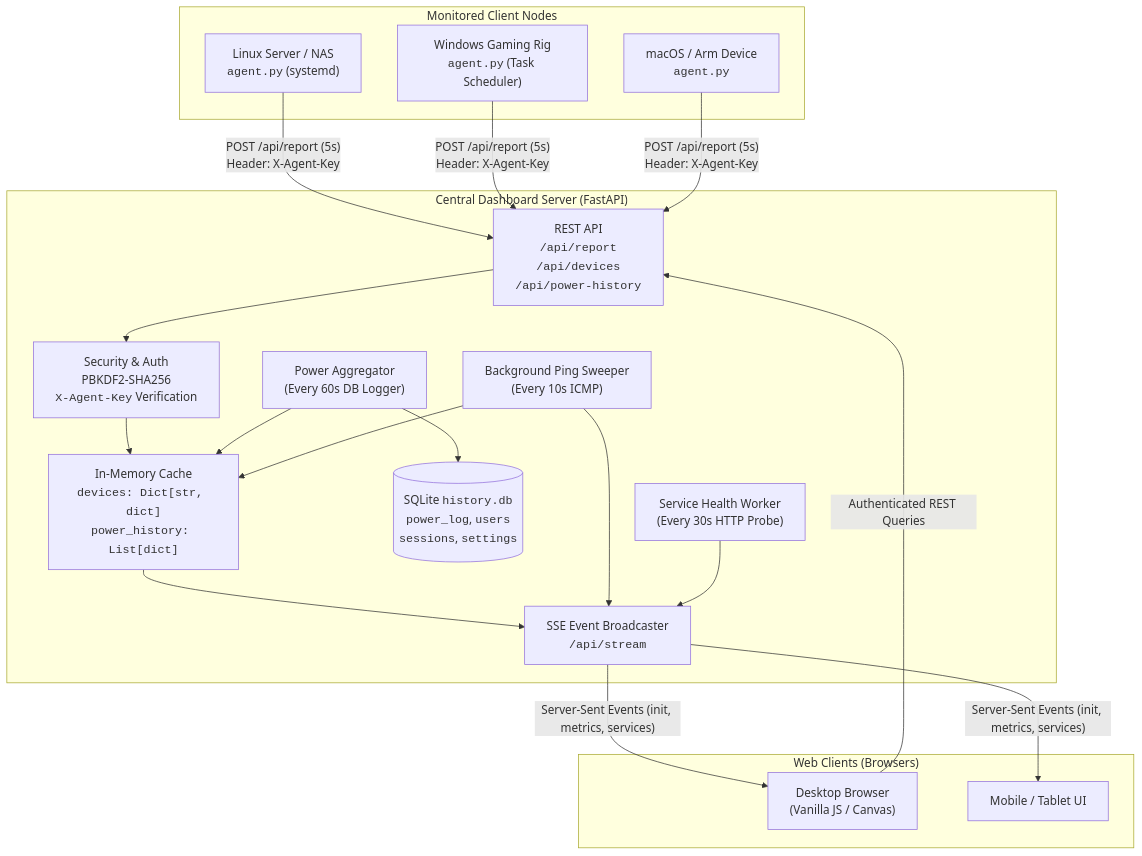
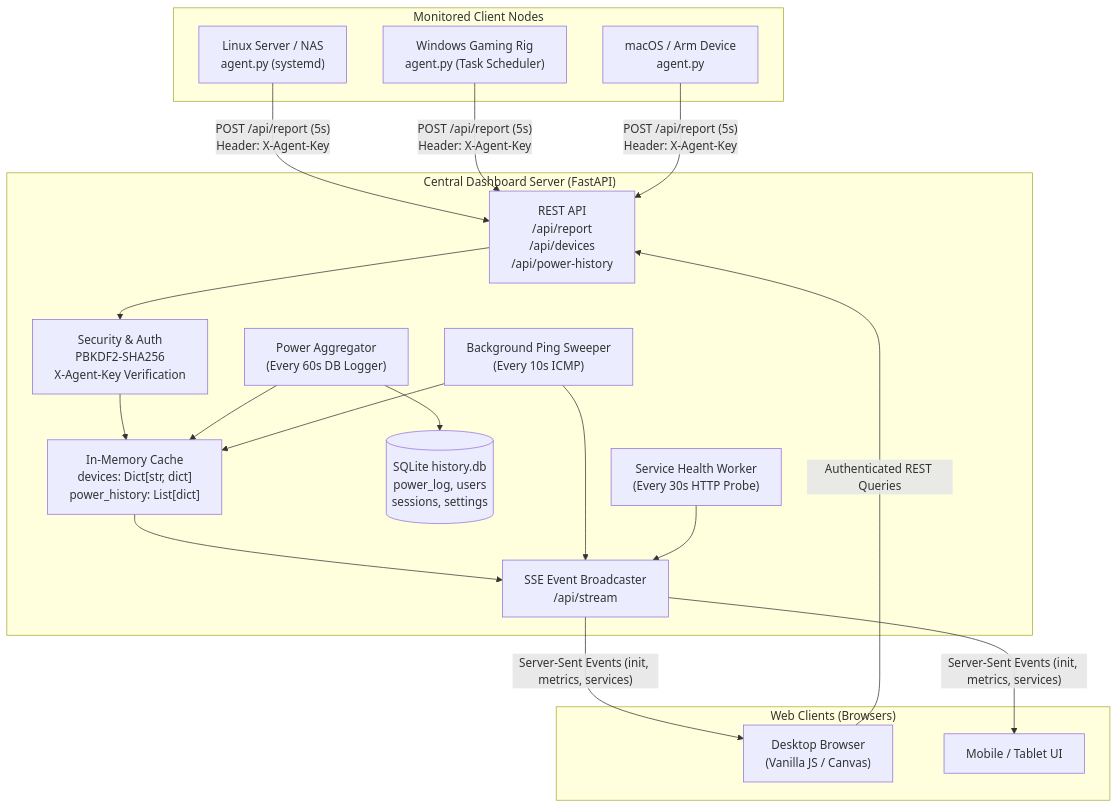
The first of 3 diagrams in docs/ARCHITECTURE.md (Muhammad-Haziq911/monitoringDashboard), drawn with Mermaid before and after one commit. The commit also changed 2 other files, not shown here.

Commit message:
docs: Update agent guide and architecture documentation for clarity and consistency

````diff
--- a/docs/ARCHITECTURE.md
+++ b/docs/ARCHITECTURE.md
@@ -17,42 +17,42 @@
 ```mermaid
 graph TD
     subgraph "Monitored Client Nodes"
-        A1["Linux Server / NAS<br/><code>agent.py</code> (systemd)"]
-        A2["Windows Gaming Rig<br/><code>agent.py</code> (Task Scheduler)"]
-        A3["macOS / Arm Device<br/><code>agent.py</code>"]
+        A1["Linux Server / NAS<br/>agent.py (systemd)"]
+        A2["Windows Gaming Rig<br/>agent.py (Task Scheduler)"]
+        A3["macOS / Arm Device<br/>agent.py"]
     end
 
     subgraph "Central Dashboard Server (FastAPI)"
-        API["REST API<br/><code>/api/report</code><br/><code>/api/devices</code><br/><code>/api/power-history</code>"]
-        AUTH["Security & Auth<br/>PBKDF2-SHA256<br/><code>X-Agent-Key</code> Verification"]
-        MEM["In-Memory Cache<br/><code>devices: Dict[str, dict]</code><br/><code>power_history: List[dict]</code>"]
-        DB[(SQLite <code>history.db</code><br/><code>power_log</code>, <code>users</code><br/><code>sessions</code>, <code>settings</code>)]
+        API["REST API<br/>/api/report<br/>/api/devices<br/>/api/power-history"]
+        AUTH["Security & Auth<br/>PBKDF2-SHA256<br/>X-Agent-Key Verification"]
+        MEM["In-Memory Cache<br/>devices: Dict[str, dict]<br/>power_history: List[dict]"]
+        DB[("SQLite history.db<br/>power_log, users<br/>sessions, settings")]
         PING_BG["Background Ping Sweeper<br/>(Every 10s ICMP)"]
         SVC_BG["Service Health Worker<br/>(Every 30s HTTP Probe)"]
         PWR_BG["Power Aggregator<br/>(Every 60s DB Logger)"]
-        SSE["SSE Event Broadcaster<br/><code>/api/stream</code>"]
+        SSE["SSE Event Broadcaster<br/>/api/stream"]
     end
 
     subgraph "Web Clients (Browsers)"
         UI1["Desktop Browser<br/>(Vanilla JS / Canvas)"]
         UI2["Mobile / Tablet UI"]
     end
 
     A1 -- "POST /api/report (5s)<br/>Header: X-Agent-Key" --> API
     A2 -- "POST /api/report (5s)<br/>Header: X-Agent-Key" --> API
     A3 -- "POST /api/report (5s)<br/>Header: X-Agent-Key" --> API
 
     API --> AUTH
     AUTH --> MEM
     MEM --> SSE
 
     PWR_BG --> MEM
     PWR_BG --> DB
     PING_BG --> MEM
     PING_BG --> SSE
     SVC_BG --> SSE
 
     SSE -- "Server-Sent Events (init, metrics, services)" --> UI1
     SSE -- "Server-Sent Events (init, metrics, services)" --> UI2
     UI1 -- "Authenticated REST Queries" --> API
 ```
````
